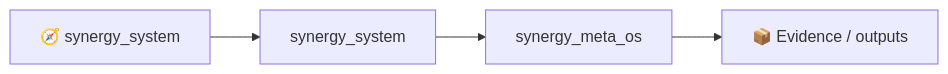
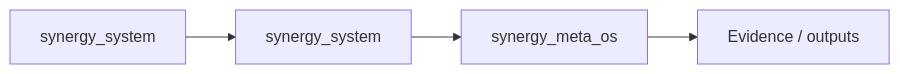
One commit to Shtenco/synergy_meta_os changed the first of 2 diagrams in README.md. Above: the diagram before and after it, drawn with Mermaid. The commit also changed other lines of this file, not shown here.

````diff
--- a/README.md
+++ b/README.md
@@ -316,6 +316,6 @@
 ```mermaid
 flowchart LR
-    SYS[🧭 synergy_system] --> P[synergy_system]
+    SYS[ synergy_system] --> P[synergy_system]
     P --> THIS[synergy_meta_os]
-    THIS --> E[📦 Evidence / outputs]
+    THIS --> E[ Evidence / outputs]
 ```
````
